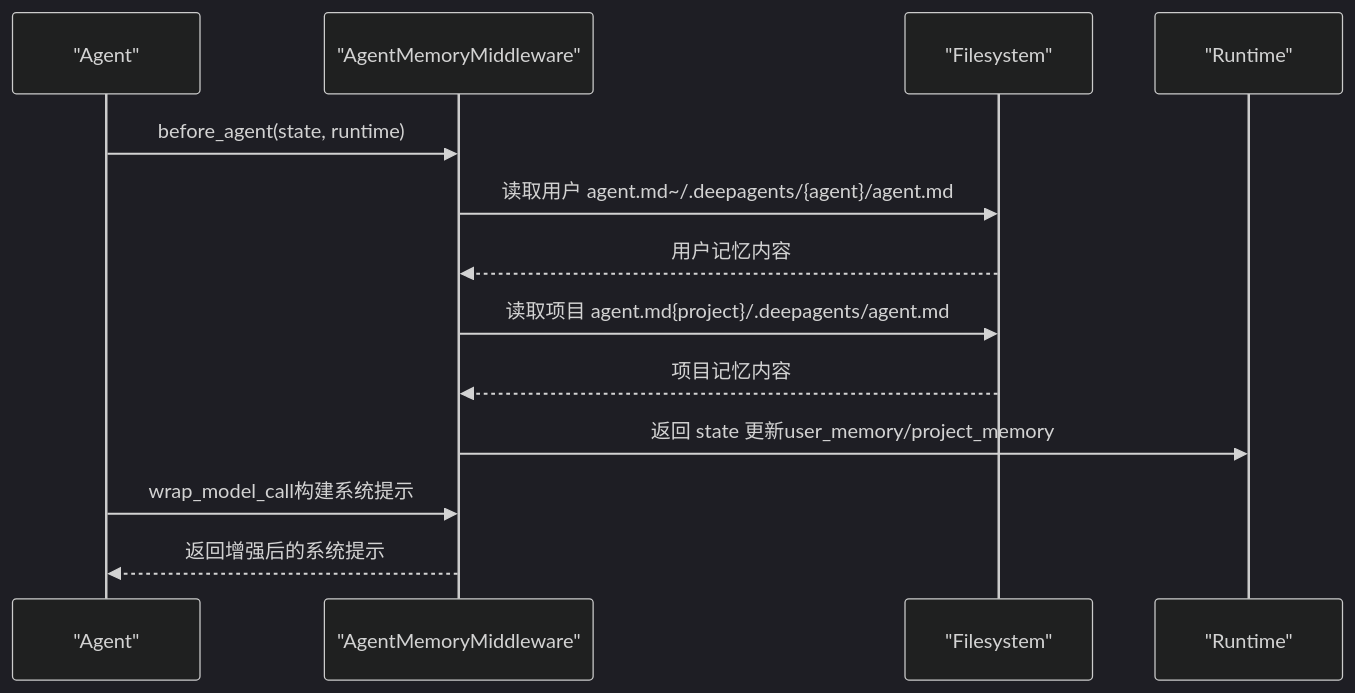
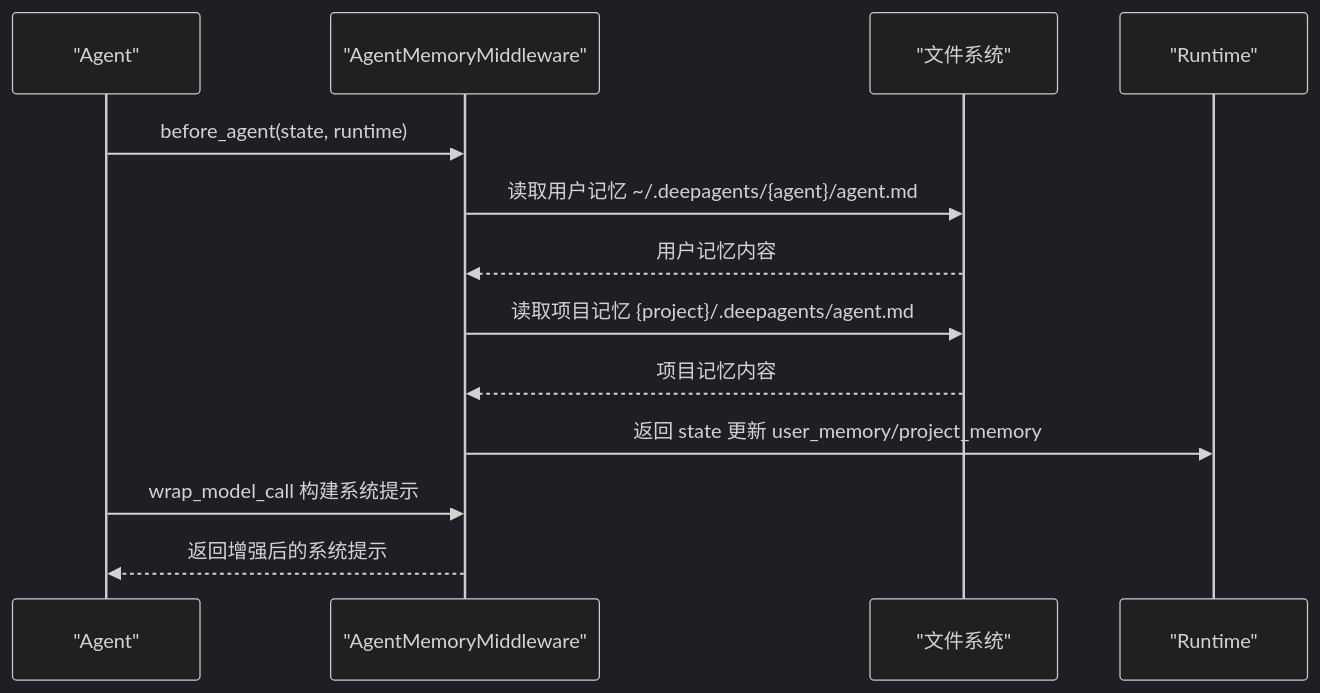
Before and after one commit to afanty2021/deepagents-langchain: the sixth of 7 diagrams in .qoder/repowiki/zh/content/高级主题/持久化存储与长期记忆.md, drawn with Mermaid (dark theme). The commit also changed other lines of this file and 3 other files, not shown here.

````diff
--- a/.qoder/repowiki/zh/content/高级主题/持久化存储与长期记忆.md
+++ b/.qoder/repowiki/zh/content/高级主题/持久化存储与长期记忆.md
@@ -269,15 +315,15 @@
 ```mermaid
 sequenceDiagram
 participant Agent as "Agent"
 participant AMW as "AgentMemoryMiddleware"
-participant FS as "Filesystem"
+participant FS as "文件系统"
 participant RT as "Runtime"
 Agent->>AMW : before_agent(state, runtime)
-AMW->>FS : 读取用户 agent.md~/.deepagents/{agent}/agent.md
+AMW->>FS : 读取用户记忆 ~/.deepagents/{agent}/agent.md
 FS-->>AMW : 用户记忆内容
-AMW->>FS : 读取项目 agent.md{project}/.deepagents/agent.md
+AMW->>FS : 读取项目记忆 {project}/.deepagents/agent.md
 FS-->>AMW : 项目记忆内容
-AMW->>RT : 返回 state 更新user_memory/project_memory
-Agent->>AMW : wrap_model_call构建系统提示
+AMW->>RT : 返回 state 更新 user_memory/project_memory
+Agent->>AMW : wrap_model_call 构建系统提示
 AMW-->>Agent : 返回增强后的系统提示
 ```
````
